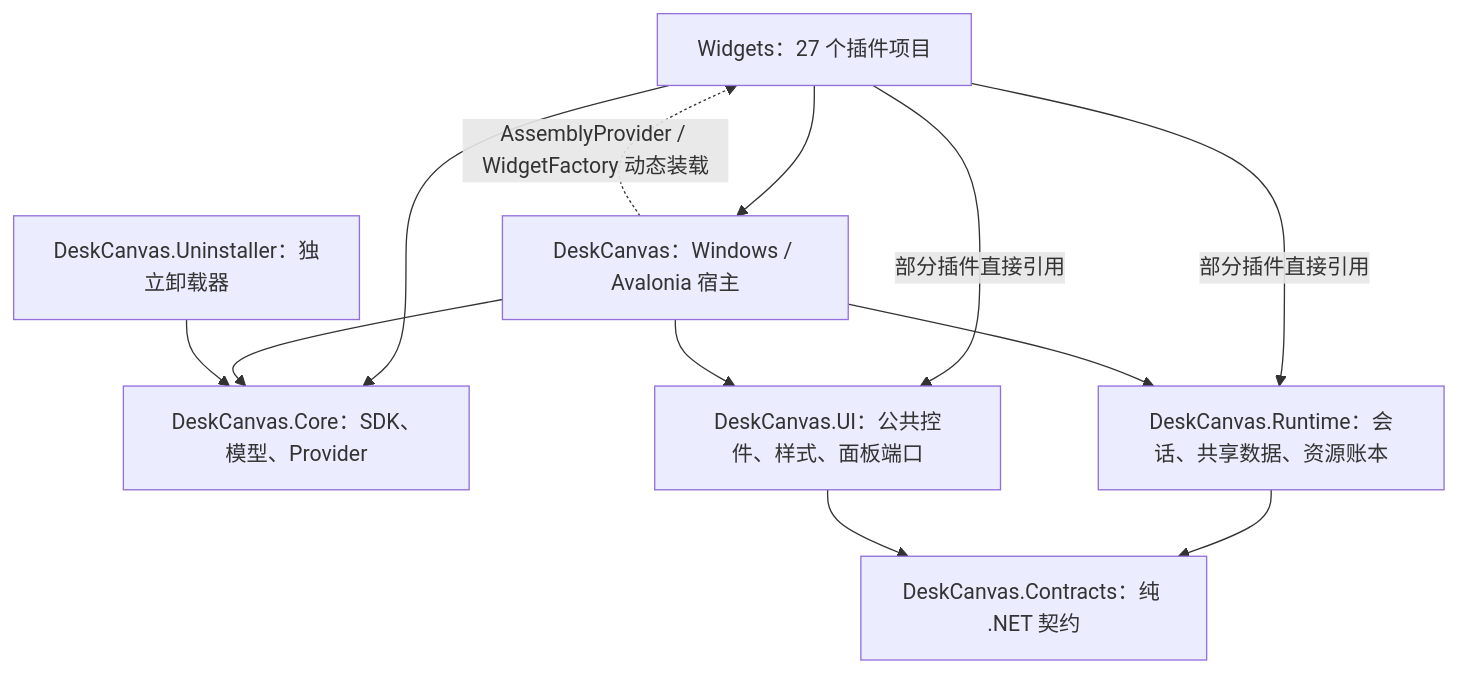
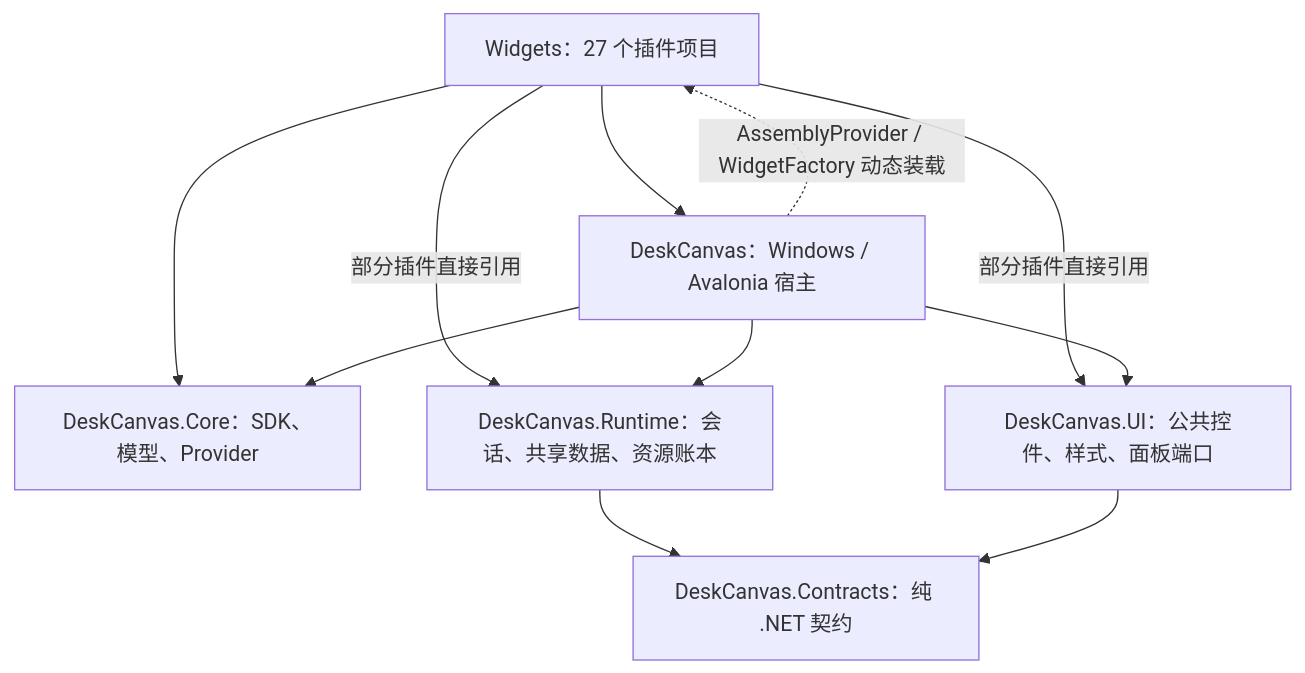
One commit to Genlue/DeskCanvas changed the first of 3 diagrams in doc/项目解析报告.md. Above: the diagram before and after it, drawn with Mermaid. The commit also changed other lines of this file and 20 other files, not shown here.

````diff
--- a/doc/项目解析报告.md
+++ b/doc/项目解析报告.md
@@ -31,22 +31,20 @@
 ```mermaid
 flowchart TB
     W["Widgets：27 个插件项目"]
     H["DeskCanvas：Windows / Avalonia 宿主"]
     C["DeskCanvas.Core：SDK、模型、Provider"]
     R["DeskCanvas.Runtime：会话、共享数据、资源账本"]
     U["DeskCanvas.UI：公共控件、样式、面板端口"]
     K["DeskCanvas.Contracts：纯 .NET 契约"]
-    X["DeskCanvas.Uninstaller：独立卸载器"]
 
     W --> H
     W --> C
     W -->|"部分插件直接引用"| R
     W -->|"部分插件直接引用"| U
     H --> C
     H --> R
     H --> U
     R --> K
     U --> K
-    X --> C
     H -. "AssemblyProvider / WidgetFactory 动态装载" .-> W
 ```
````
